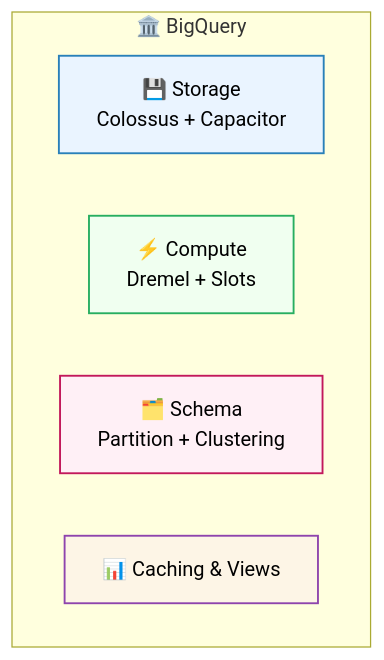
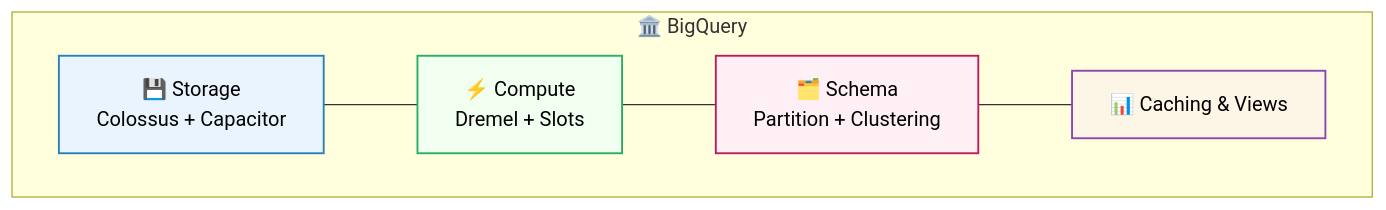
The second of 8 diagrams in GCP-interview.md (blaire101/DE2-AWS-Azure-GCP-2025), drawn with Mermaid before and after one commit.

````diff
--- a/GCP-interview.md
+++ b/GCP-interview.md
@@ -64,20 +64,25 @@
 ```mermaid
 flowchart TB
     classDef storage fill:#eaf4ff,stroke:#2980b9,stroke-width:1.5px,color:#000
     classDef compute fill:#f0fff0,stroke:#27ae60,stroke-width:1.5px,color:#000
     classDef schema  fill:#fff0f6,stroke:#c2185b,stroke-width:1.5px,color:#000
     classDef cache   fill:#fdf5e6,stroke:#8e44ad,stroke-width:1.5px,color:#000
 
     %% BigQuery as a container
     subgraph BQ["🏛️ BigQuery"]
       direction LR
       B[💾 Storage<br/>Colossus + Capacitor]:::storage
       C[⚡ Compute<br/>Dremel + Slots]:::compute
       D[🗂️ Schema<br/>Partition + Clustering]:::schema
       E[📊 Caching & Views]:::cache
+
+      %% 隐形连线，确保它们在一行
+      B --- C
+      C --- D
+      D --- E
     end
 
-    %% (Optional external links)
+    %% 可选：外部链接
     %% Client --> BQ
     %% BQ --> Downstream
 ```
````
